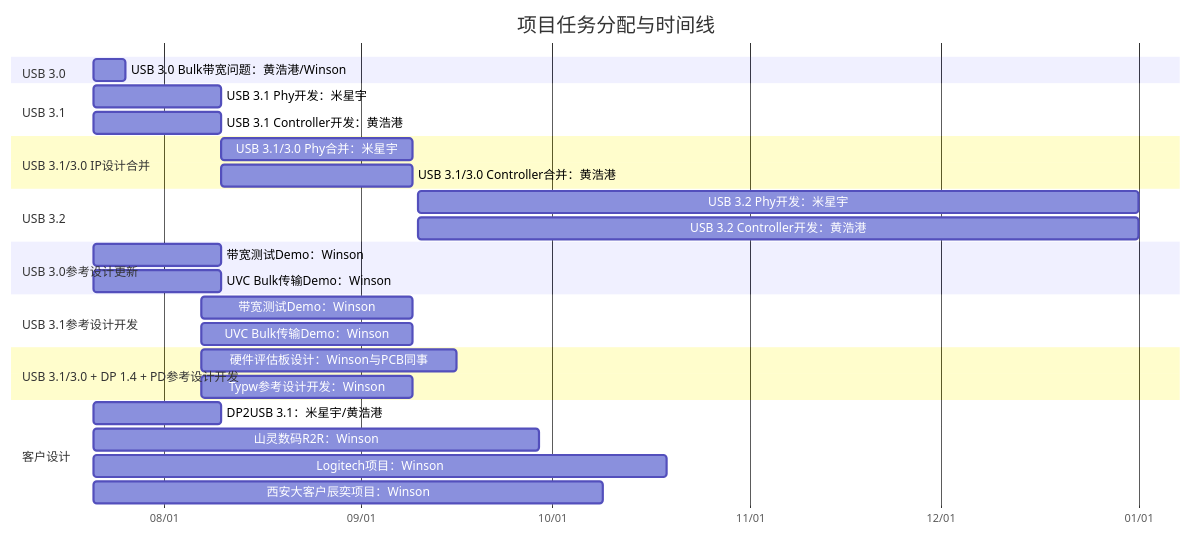
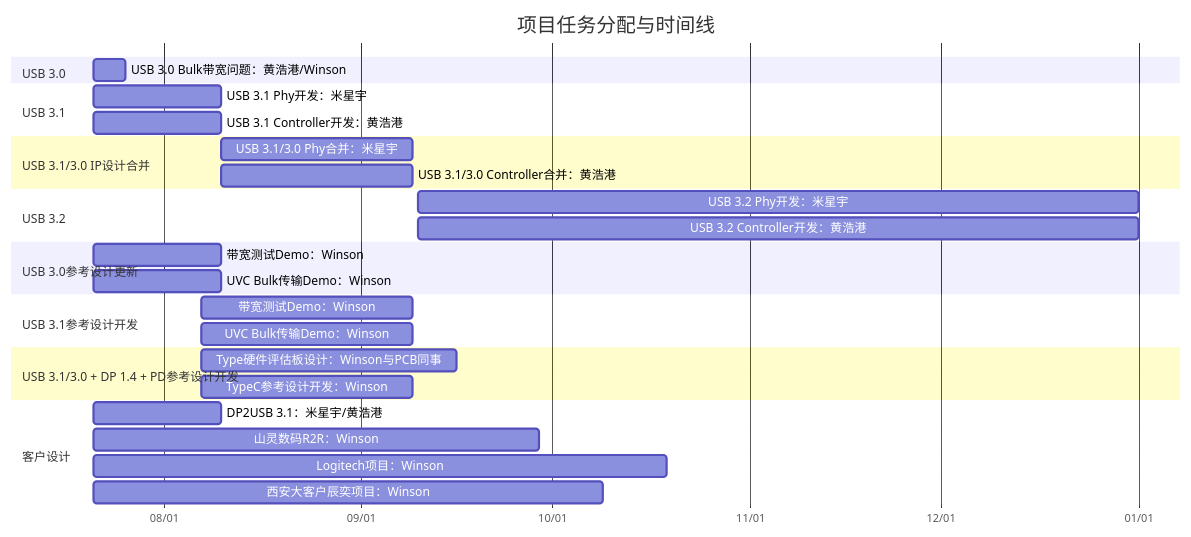
Before and after one commit to winsonbook/iodraw-files: the diagram in all/未命名.md, drawn with Mermaid.

Commit message:
2025-07-21 10:21:37 update

````diff
--- a/all/未命名.md
+++ b/all/未命名.md
@@ -1,39 +1,39 @@
 ```mermaid
 gantt
     title 项目任务分配与时间线
     dateFormat  YYYY-MM-DD
     axisFormat  %m/%d
 
     section USB 3.0
     USB 3.0 Bulk带宽问题：黄浩港/Winson   :    task1, 2025-07-21, 5d
 
     section USB 3.1
     USB 3.1 Phy开发：米星宇      :         task2, 2025-07-21, 20d
     USB 3.1 Controller开发：黄浩港      :  task3, 2025-07-21, 20d
 
     section USB 3.1/3.0 IP设计合并
     USB 3.1/3.0 Phy合并：米星宇       :    task4, 2025-08-10, 30d
     USB 3.1/3.0 Controller合并：黄浩港:    task5, 2025-08-10, 30d
 
     section USB 3.2
     USB 3.2 Phy开发：米星宇      :         task2, 2025-09-10, 113d
     USB 3.2 Controller开发：黄浩港      :  task3, 2025-09-10, 113d
 
     section USB 3.0参考设计更新
     带宽测试Demo：Winson       :         task6, 2025-07-21, 20d
     UVC Bulk传输Demo：Winson   :        task7, 2025-07-21, 20d
 
     section USB 3.1参考设计开发
     带宽测试Demo：Winson       :         task8, 2025-08-07, 33d
     UVC Bulk传输Demo：Winson   :         task9, 2025-08-07, 33d
 
     section USB 3.1/3.0 + DP 1.4 + PD参考设计开发
-    硬件评估板设计：Winson与PCB同事       :         task10, 2025-08-07, 40d
-    Typw参考设计开发：Winson   :         task11, 2025-08-07, 33d
+    Type硬件评估板设计：Winson与PCB同事       :         task10, 2025-08-07, 40d
+    TypeC参考设计开发：Winson   :         task11, 2025-08-07, 33d
 
     section 客户设计
     DP2USB 3.1：米星宇/黄浩港      :task12, 2025-07-21, 20d
     山灵数码R2R：Winson :             task13, 2025-07-21, 70d
     Logitech项目：Winson :            task14, 2025-07-21, 90d
     西安大客户辰奕项目：Winson :       task15, 2025-07-21, 80d
 ```
````
